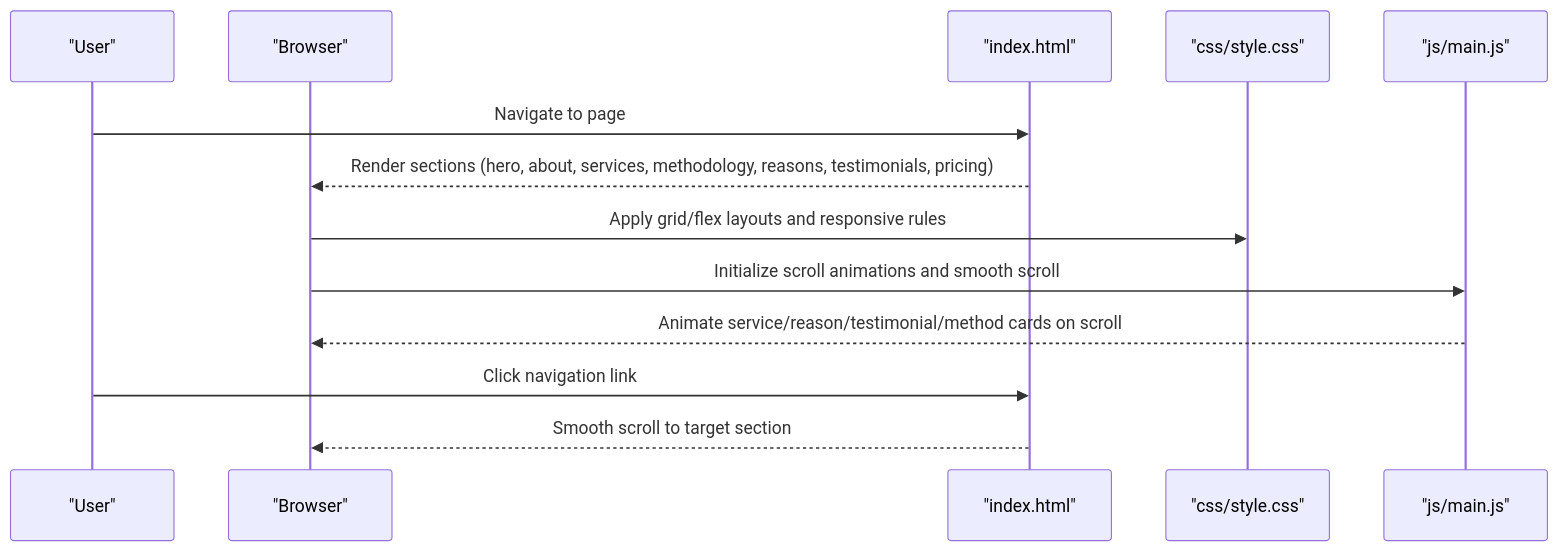
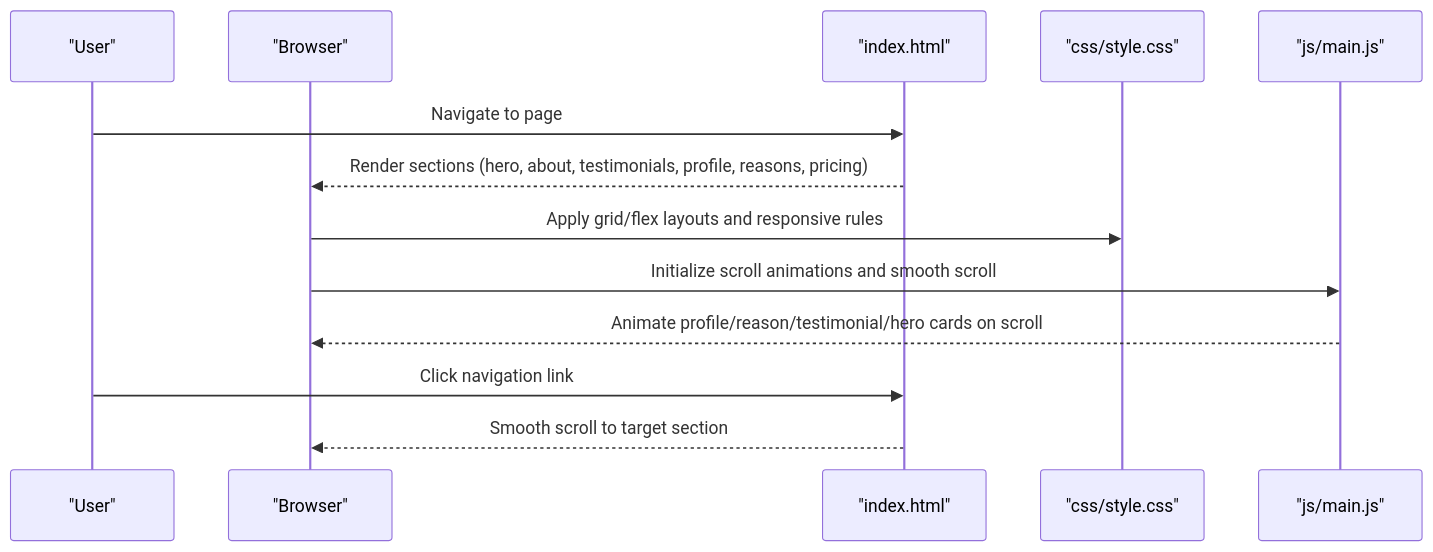
The second of 7 diagrams in .qoder/repowiki/en/content/Core Features/Service Showcase/Service Showcase.md (lynchip/graduates), drawn with Mermaid before and after one commit. The commit also changed other lines of this file and 12 other files, not shown here.

````diff
--- a/.qoder/repowiki/en/content/Core Features/Service Showcase/Service Showcase.md
+++ b/.qoder/repowiki/en/content/Core Features/Service Showcase/Service Showcase.md
@@ -95,15 +100,15 @@
 ```mermaid
 sequenceDiagram
 participant User as "User"
 participant Browser as "Browser"
 participant HTML as "index.html"
 participant CSS as "css/style.css"
 participant JS as "js/main.js"
 User->>HTML : Navigate to page
-HTML-->>Browser : Render sections (hero, about, services, methodology, reasons, testimonials, pricing)
+HTML-->>Browser : Render sections (hero, about, testimonials, profile, reasons, pricing)
 Browser->>CSS : Apply grid/flex layouts and responsive rules
 Browser->>JS : Initialize scroll animations and smooth scroll
-JS-->>Browser : Animate service/reason/testimonial/method cards on scroll
+JS-->>Browser : Animate profile/reason/testimonial/hero cards on scroll
 User->>HTML : Click navigation link
 HTML-->>Browser : Smooth scroll to target section
 ```
````
